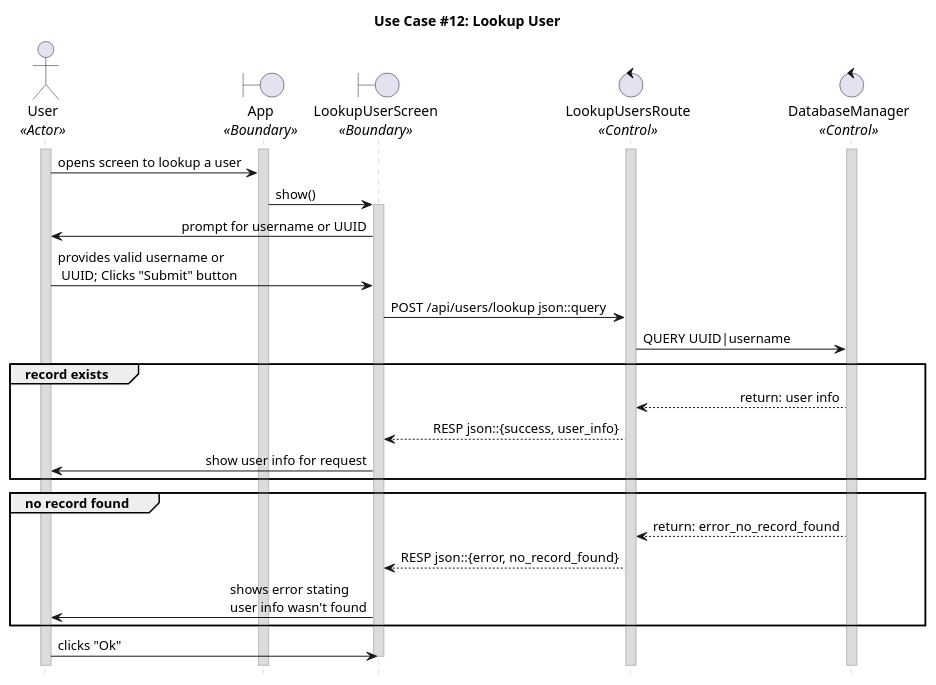
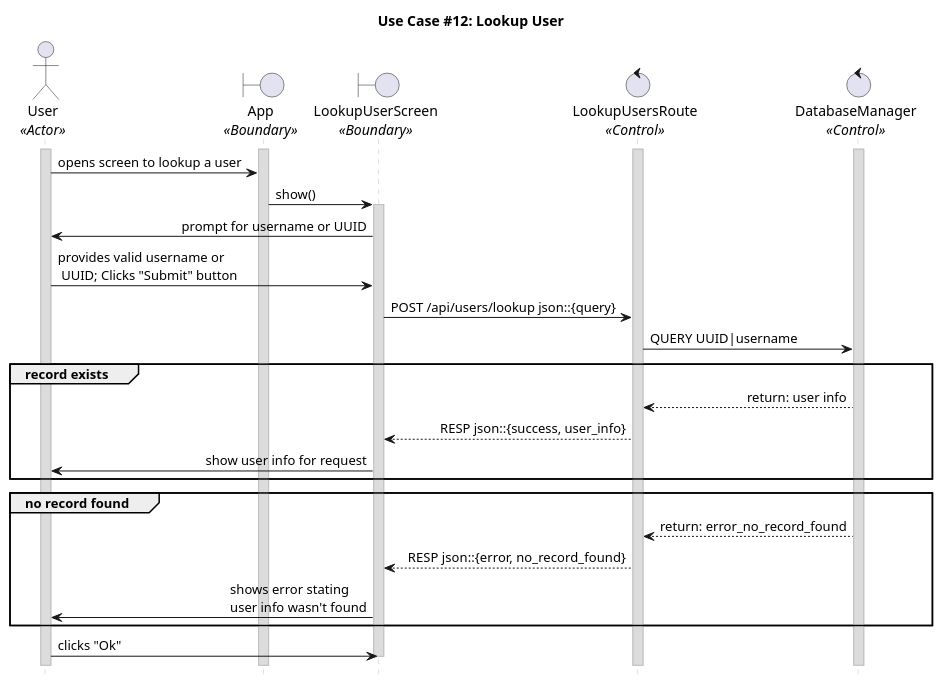
One commit to CECS-491-SP24-Group-1/seq-diagrams changed the diagram in uc_12.puml. Above: the diagram before and after it, drawn with PlantUML. The commit also changed 6 other files, not shown here.

```diff
--- a/uc_12.puml
+++ b/uc_12.puml
@@ -1,58 +1,58 @@
-@startuml uc12
+@startuml uc12_group
 title "Use Case #12: Lookup User"
 
 'Styling goes here
 hide footbox
 skinparam stereotypePosition bottom
 skinparam sequenceMessageAlign direction
 skinparam sequence {
 	LifeLineBorderColor #Silver
 	LifeLineBackgroundColor #Gainsboro
 }
 
 'Setup the objects involved here
 actor User as u <<Actor>>
 boundary App as a <<Boundary>>
 boundary LookupUserScreen as lus <<Boundary>>
 control LookupUsersRoute as lur <<Control>>
 control DatabaseManager as dbm <<Control>>
 
 'Setup persistent objects here
 activate u
 activate a
 activate lur
 activate dbm
 
 '--- FLOW OF CONTROL STARTS HERE ---
 'User sends UUID or username to server.
 u -> a: opens screen to lookup a user
 a -> lus: show()
 activate lus
 lus -> u: prompt for username or UUID
 u -> lus: provides valid username or\n UUID; Clicks "Submit" button
 
 'Server responds with user’s public key, username, and UUID.
-lus -> lur: POST /api/users/lookup json::query
+lus -> lur: POST /api/users/lookup json::{query}
 lur -> dbm: QUERY UUID|username
 
 group record exists
 
 	dbm --> lur: return: user info
 	lur --> lus: RESP json::{success, user_info}
 	lus -> u: show user info for request
 
 end
 group no record found
 
 	dbm --> lur: return: error_no_record_found
 	lur --> lus: RESP json::{error, no_record_found}
 	lus -> u: shows error stating \nuser info wasn't found
 
 end
 
 'Cleanup
 u -> lus: clicks "Ok"
 deactivate lus
 '--- FLOW OF CONTROL ENDS HERE   ---
 
 @enduml
```
